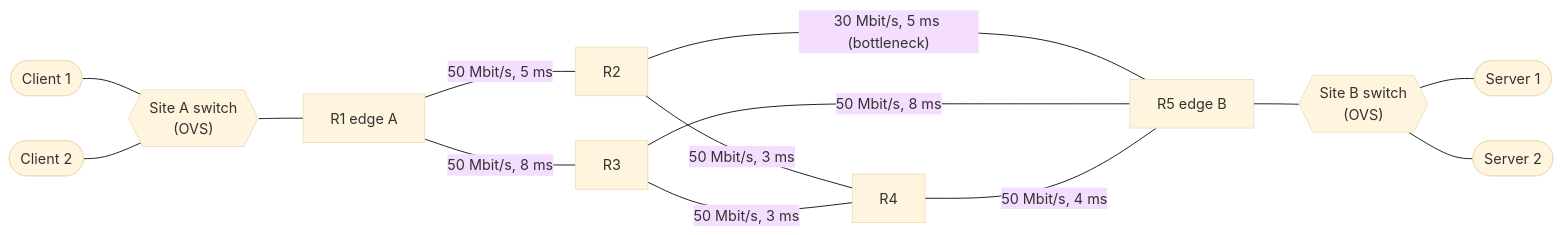
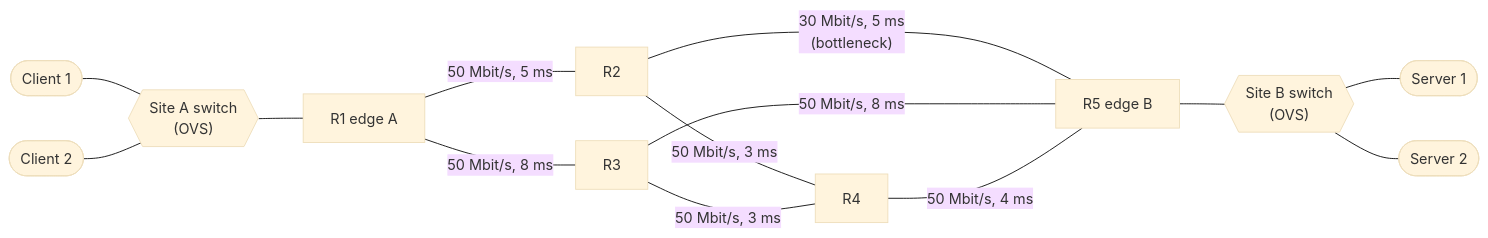
Before and after one commit to hrdk6/NETVISTA: the second of 10 diagrams in README.md, drawn with Mermaid (base theme). The commit also changed other lines of this file, not shown here.

First line of the commit message:
README: fix clipped Mermaid diagrams on GitHub, redraw the architecture, add two diagrams

````diff
--- a/README.md
+++ b/README.md
@@ -103,16 +115,17 @@
 ```mermaid
+%%{init: {"flowchart": {"wrappingWidth": 300}} }%%
 flowchart LR
     c1([Client 1]) --- sw1{{"Site A switch<br/>(OVS)"}}
     c2([Client 2]) --- sw1
     sw1 --- r1[R1 edge A]
     r1 ---|"50 Mbit/s, 5 ms"| r2[R2]
     r1 ---|"50 Mbit/s, 8 ms"| r3[R3]
     r2 ---|"50 Mbit/s, 3 ms"| r4[R4]
     r3 ---|"50 Mbit/s, 3 ms"| r4
-    r2 ---|"30 Mbit/s, 5 ms (bottleneck)"| r5[R5 edge B]
+    r2 ---|"30 Mbit/s, 5 ms<br/>(bottleneck)"| r5[R5 edge B]
     r3 ---|"50 Mbit/s, 8 ms"| r5
     r4 ---|"50 Mbit/s, 4 ms"| r5
     r5 --- sw2{{"Site B switch<br/>(OVS)"}}
     sw2 --- srv1([Server 1])
     sw2 --- srv2([Server 2])
 ```
````
